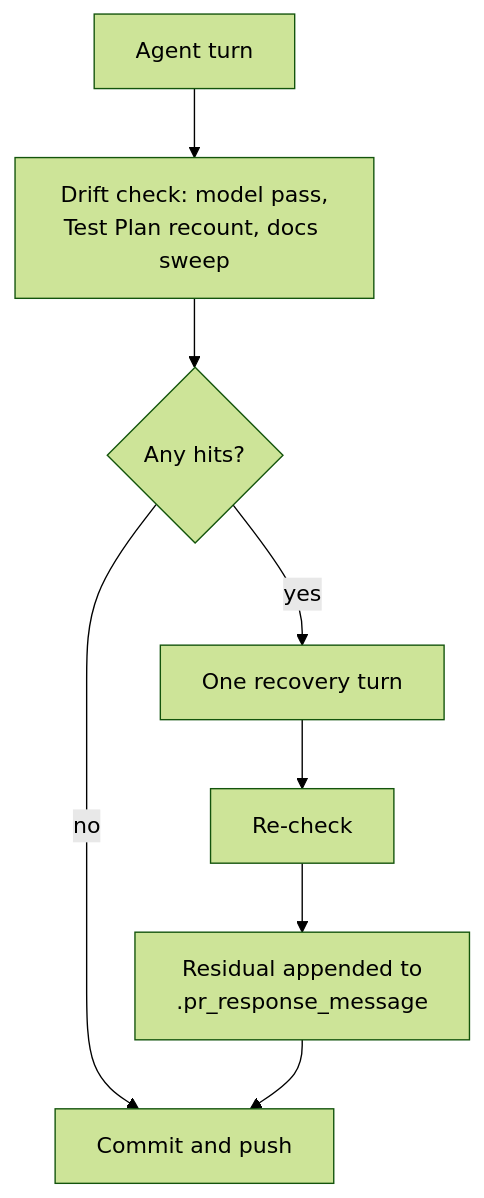
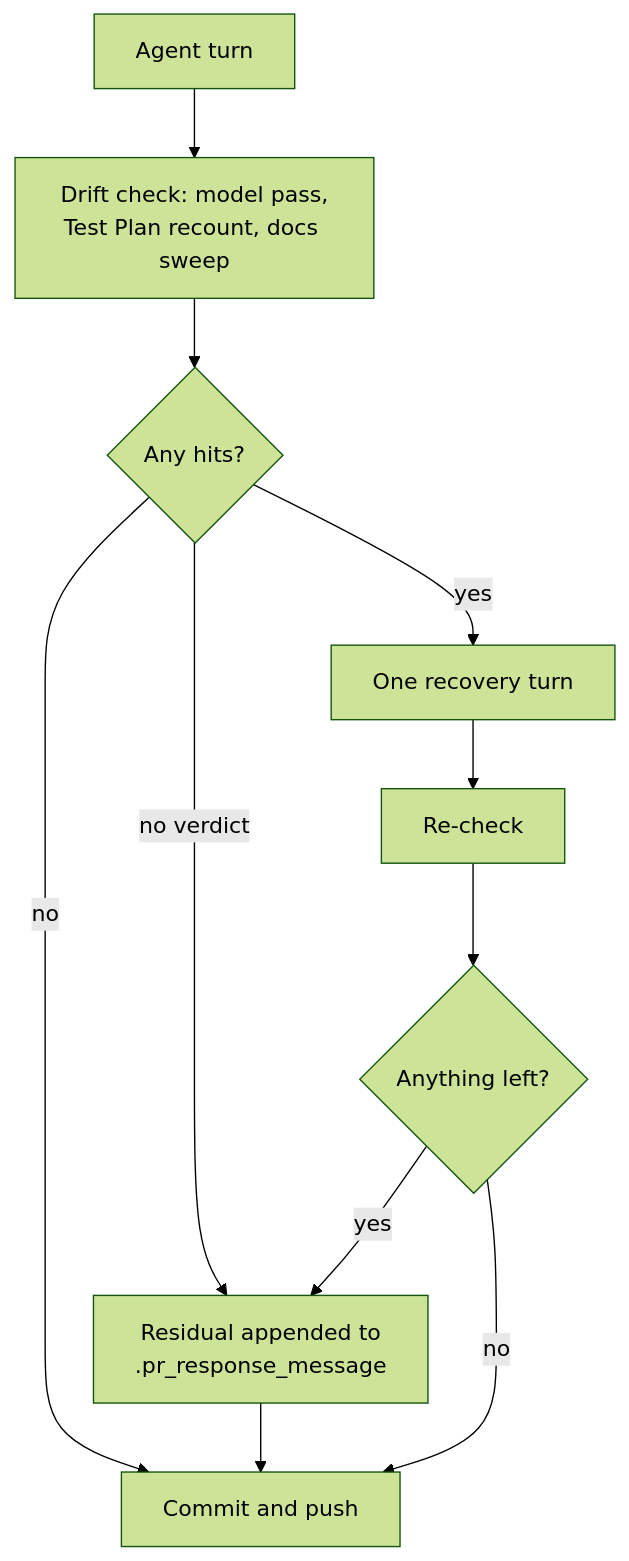
Before and after one commit to stSoftwareAU/VibeCoder: the third of 9 diagrams in docs/workflows/pr-feedback.md, drawn with Mermaid (forest theme). The commit also changed other lines of this file and 5 other files, not shown here.

````diff
--- a/docs/workflows/pr-feedback.md
+++ b/docs/workflows/pr-feedback.md
@@ -294,10 +298,13 @@
 ```mermaid
 flowchart TD
     A["Agent turn"] --> D["Drift check: model pass,<br/>Test Plan recount, docs sweep"]
     D --> H{"Any hits?"}
     H -- no --> P["Commit and push"]
+    H -- "no verdict" --> N["Residual appended to<br/>.pr_response_message"]
     H -- yes --> R["One recovery turn"]
     R --> C["Re-check"]
-    C --> M["Residual appended to<br/>.pr_response_message"]
-    M --> P
+    C --> L{"Anything left?"}
+    L -- yes --> N
+    L -- no --> P
+    N --> P
 ```
````
